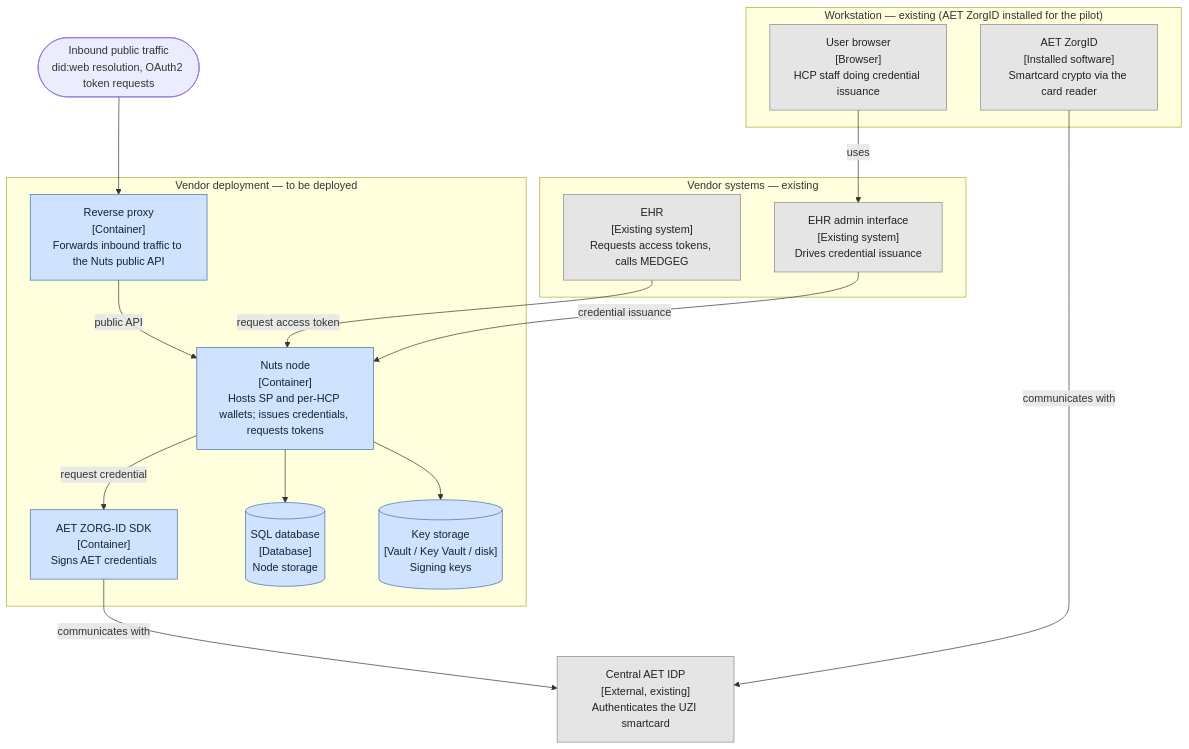
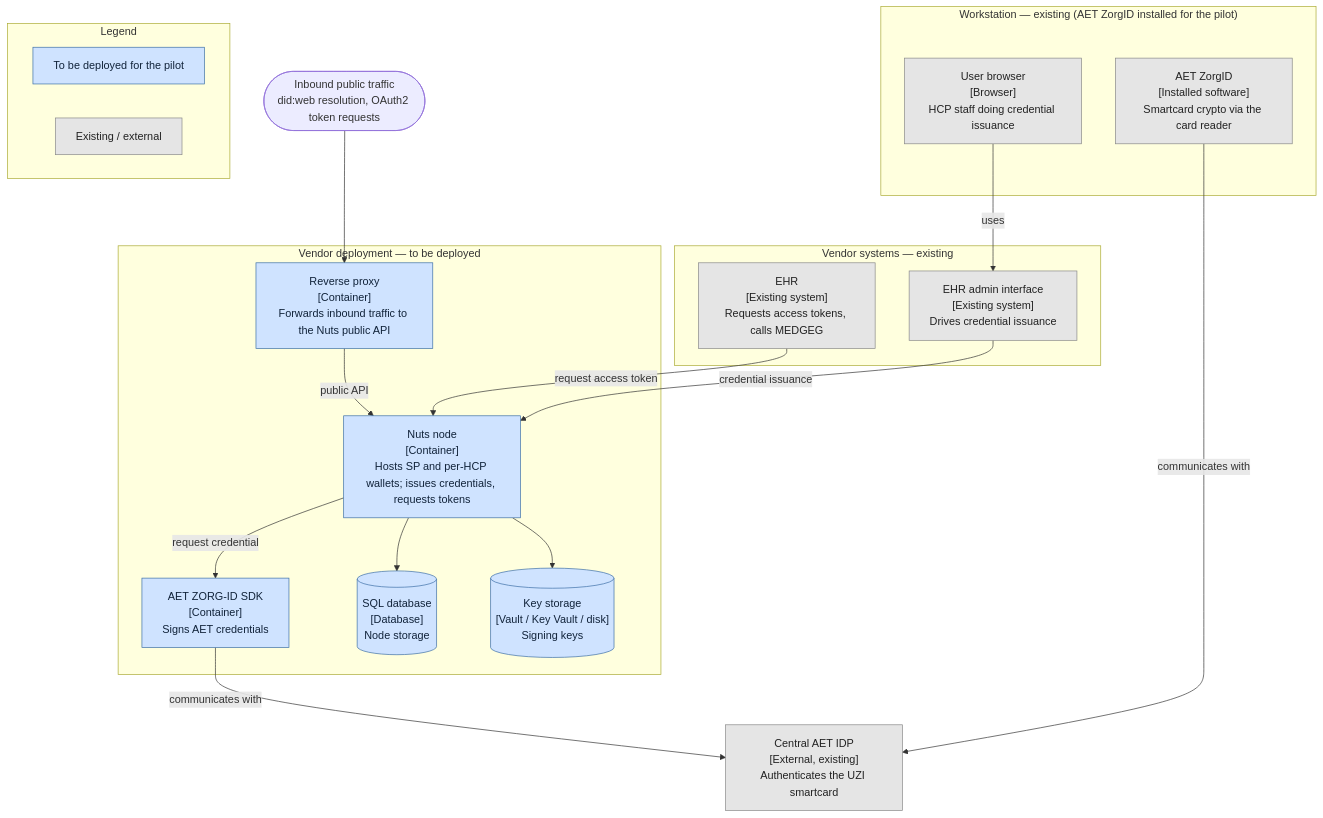
The diagram in docs/deployment-guide.md (nuts-foundation/lspxnuts-pilots), drawn with Mermaid before and after one commit.

Commit message:
docs: add legend to deployment diagram
Assisted by AI

````diff
--- a/docs/deployment-guide.md
+++ b/docs/deployment-guide.md
@@ -32,40 +32,46 @@
 ```mermaid
 flowchart TB
   subgraph WS["Workstation — existing (AET ZorgID installed for the pilot)"]
     Browser["User browser<br/>[Browser]<br/>HCP staff doing credential issuance"]
     ZorgID["AET ZorgID<br/>[Installed software]<br/>Smartcard crypto via the card reader"]
   end
 
   Inbound(["Inbound public traffic<br/>did:web resolution, OAuth2 token requests"])
 
   subgraph Vendor["Vendor deployment — to be deployed"]
     RP["Reverse proxy<br/>[Container]<br/>Forwards inbound traffic to the Nuts public API"]
     Node["Nuts node<br/>[Container]<br/>Hosts SP and per-HCP wallets; issues credentials, requests tokens"]
     AETSDK["AET ZORG-ID SDK<br/>[Container]<br/>Signs AET credentials"]
     DB[("SQL database<br/>[Database]<br/>Node storage")]
     Keys[("Key storage<br/>[Vault / Key Vault / disk]<br/>Signing keys")]
   end
 
   subgraph Systems["Vendor systems — existing"]
     EHR["EHR<br/>[Existing system]<br/>Requests access tokens, calls MEDGEG"]
     Admin["EHR admin interface<br/>[Existing system]<br/>Drives credential issuance"]
   end
 
   AETIDP["Central AET IDP<br/>[External, existing]<br/>Authenticates the UZI smartcard"]
 
   Inbound --> RP
   RP -->|public API| Node
   Node -->|request credential| AETSDK
   AETSDK -->|communicates with| AETIDP
   Node --> DB
   Node --> Keys
   EHR -->|request access token| Node
   Admin -->|credential issuance| Node
   Browser -->|uses| Admin
   ZorgID -->|communicates with| AETIDP
 
+  subgraph Legend["Legend"]
+    direction LR
+    L1["To be deployed for the pilot"]
+    L2["Existing / external"]
+  end
+
   classDef deploy fill:#cfe3ff,stroke:#3b6ea5,color:#11233a;
   classDef existing fill:#e5e5e5,stroke:#888,color:#222;
-  class RP,Node,AETSDK,DB,Keys deploy;
-  class EHR,Admin,AETIDP,Browser,ZorgID existing;
+  class RP,Node,AETSDK,DB,Keys,L1 deploy;
+  class EHR,Admin,AETIDP,Browser,ZorgID,L2 existing;
 ```
````
